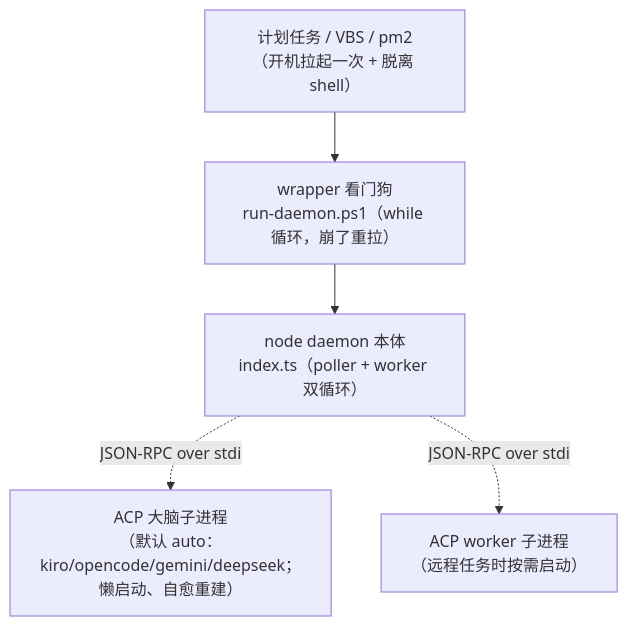
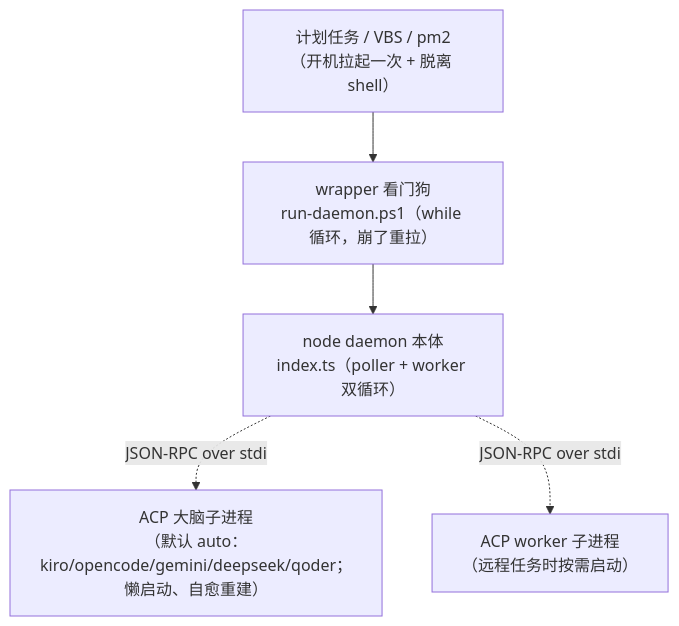
One commit to imwangpan/WeMind changed the third of 6 diagrams in docs/repowiki/02-系统架构.md. Above: the diagram before and after it, drawn with Mermaid. The commit also changed other lines of this file and 22 other files, not shown here.

````diff
--- a/docs/repowiki/02-系统架构.md
+++ b/docs/repowiki/02-系统架构.md
@@ -88,13 +88,13 @@
 ```mermaid
 graph TD
     TRIGGER["计划任务 / VBS / pm2<br/>（开机拉起一次 + 脱离 shell）"]
     WRAPPER["wrapper 看门狗<br/>run-daemon.ps1（while 循环，崩了重拉）"]
     NODE["node daemon 本体<br/>index.ts（poller + worker 双循环）"]
-    BRAINP["ACP 大脑子进程<br/>（默认 auto：kiro/opencode/gemini/deepseek；懒启动、自愈重建）"]
+    BRAINP["ACP 大脑子进程<br/>（默认 auto：kiro/opencode/gemini/deepseek/qoder；懒启动、自愈重建）"]
     WORKERP["ACP worker 子进程<br/>（远程任务时按需启动）"]
 
     TRIGGER --> WRAPPER
     WRAPPER --> NODE
     NODE -.JSON-RPC over stdio.-> BRAINP
     NODE -.JSON-RPC over stdio.-> WORKERP
 ```
````
